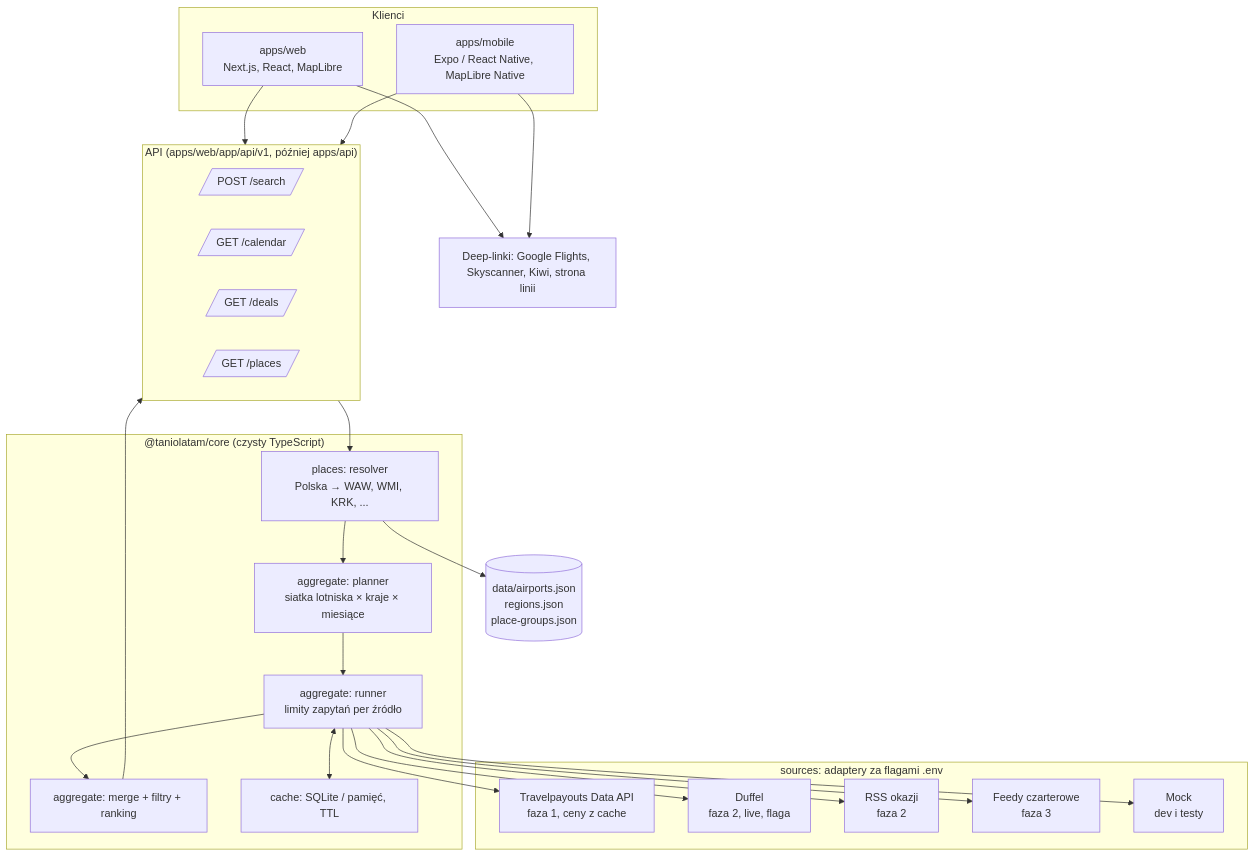
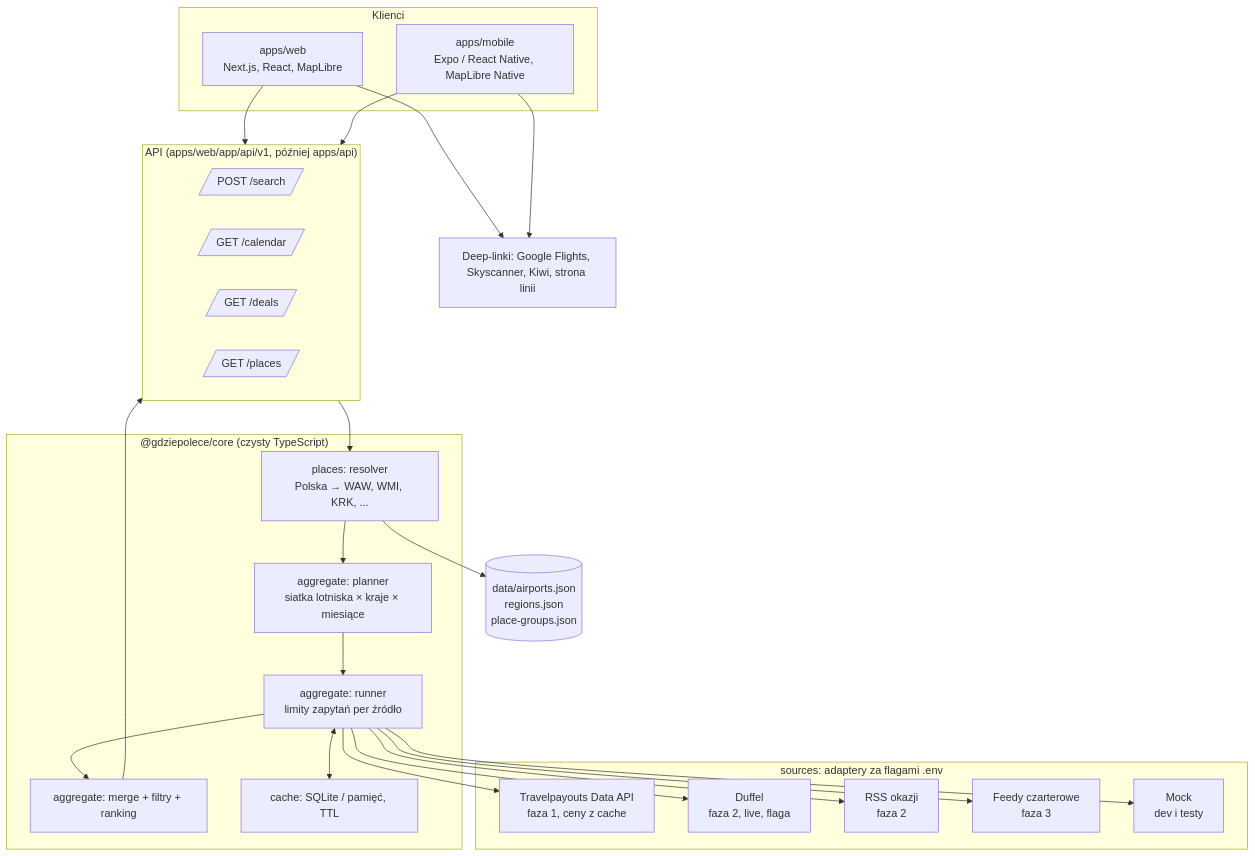
The diagram in docs/ARCHITECTURE.md (misiumen/taniolatam), drawn with Mermaid before and after one commit. The commit also changed other lines of this file and 52 other files, not shown here.

````diff
--- a/docs/ARCHITECTURE.md
+++ b/docs/ARCHITECTURE.md
@@ -7,39 +7,39 @@
 ```mermaid
 flowchart TB
   subgraph Klienci
     WEB[apps/web<br/>Next.js, React, MapLibre]
     MOB[apps/mobile<br/>Expo / React Native, MapLibre Native]
   end
   subgraph API["API (apps/web/app/api/v1, później apps/api)"]
     S[/POST /search/]
     C[/GET /calendar/]
     D[/GET /deals/]
     P[/GET /places/]
   end
-  subgraph Core["@taniolatam/core (czysty TypeScript)"]
+  subgraph Core["@gdziepolece/core (czysty TypeScript)"]
     R[places: resolver<br/>Polska → WAW, WMI, KRK, ...]
     PL[aggregate: planner<br/>siatka lotniska × kraje × miesiące]
     RU[aggregate: runner<br/>limity zapytań per źródło]
     AG[aggregate: merge + filtry + ranking]
     CA[cache: SQLite / pamięć, TTL]
   end
   subgraph Źródła["sources: adaptery za flagami .env"]
     TP[Travelpayouts Data API<br/>faza 1, ceny z cache]
     DU[Duffel<br/>faza 2, live, flaga]
     RSS[RSS okazji<br/>faza 2]
     CH[Feedy czarterowe<br/>faza 3]
     MK[Mock<br/>dev i testy]
   end
   DATA[(data/airports.json<br/>regions.json<br/>place-groups.json)]
   OUT[Deep-linki: Google Flights, Skyscanner, Kiwi, strona linii]
 
   WEB --> API
   MOB --> API
   API --> R --> PL --> RU --> AG
   RU --> TP & DU & RSS & CH & MK
   RU <--> CA
   R --> DATA
   AG --> API
   WEB --> OUT
   MOB --> OUT
 ```
````
